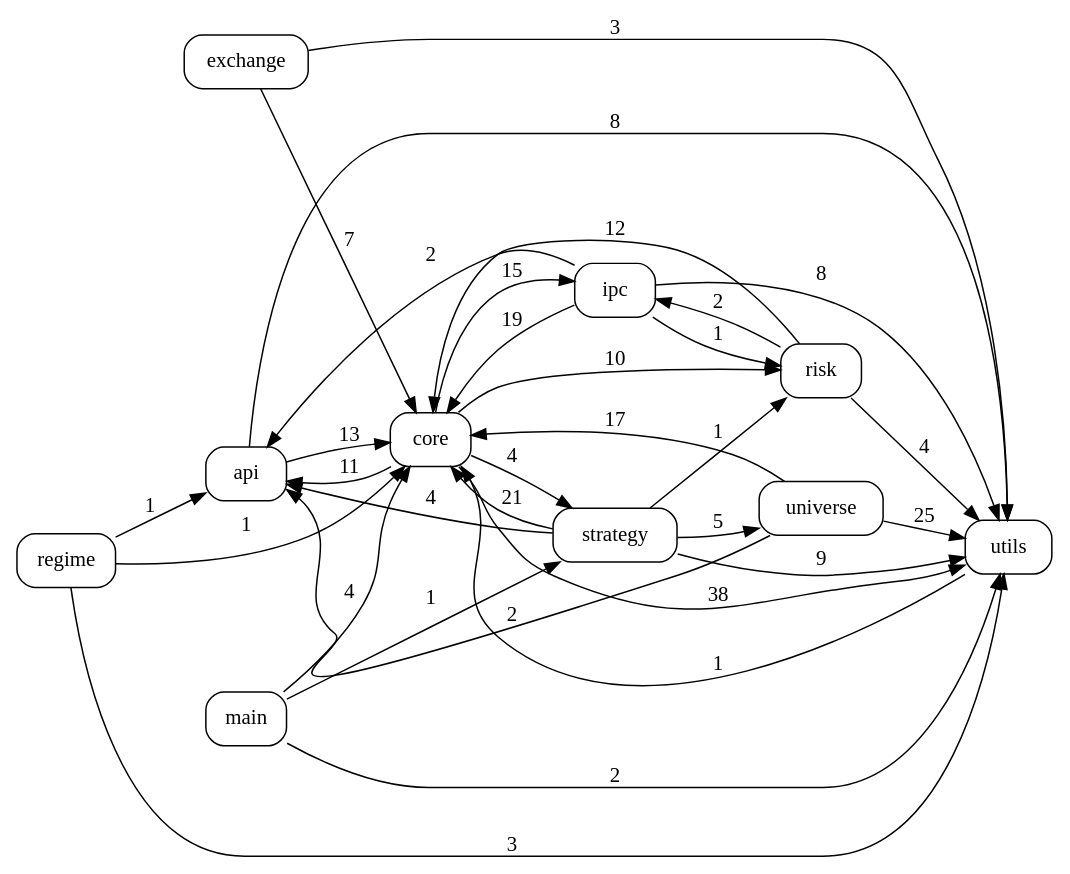
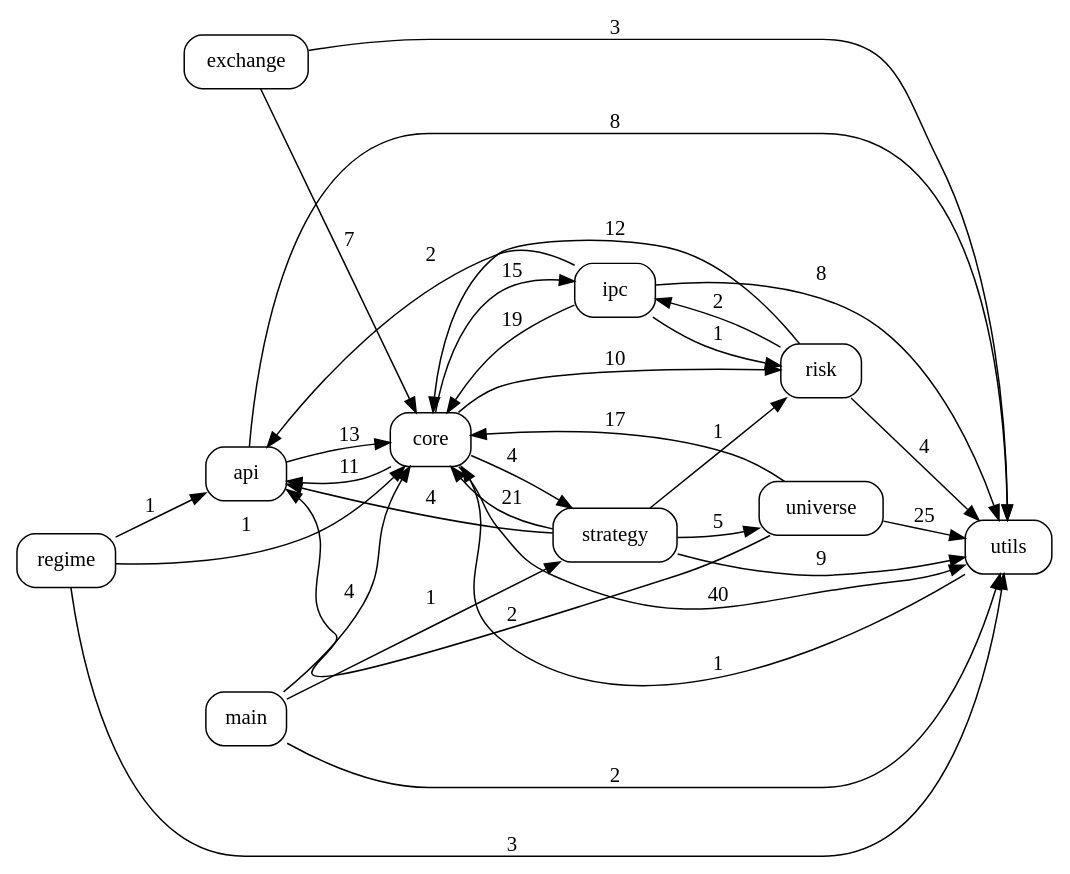
One commit to pypy8171/Quant changed the diagram in docs/code_graph.dot. Above: the diagram before and after it, drawn with Graphviz. The commit also changed 18 other files, not shown here.

```diff
--- a/docs/code_graph.dot
+++ b/docs/code_graph.dot
@@ -1,45 +1,45 @@
 digraph code_graph {
   rankdir=LR;
   node [shape=box, style=rounded, fontname="Consolas"];
   "api";
   "core";
   "exchange";
   "ipc";
   "main";
   "regime";
   "risk";
   "strategy";
   "universe";
   "utils";
   "api" -> "core" [label="13"];
   "api" -> "utils" [label="8"];
   "core" -> "api" [label="11"];
   "core" -> "ipc" [label="15"];
   "core" -> "risk" [label="10"];
   "core" -> "strategy" [label="4"];
-  "core" -> "utils" [label="38"];
+  "core" -> "utils" [label="40"];
   "exchange" -> "core" [label="7"];
   "exchange" -> "utils" [label="3"];
   "ipc" -> "api" [label="2"];
   "ipc" -> "core" [label="19"];
   "ipc" -> "risk" [label="1"];
   "ipc" -> "utils" [label="8"];
   "main" -> "core" [label="4"];
   "main" -> "strategy" [label="1"];
   "main" -> "utils" [label="2"];
   "regime" -> "api" [label="1"];
   "regime" -> "core" [label="1"];
   "regime" -> "utils" [label="3"];
   "risk" -> "core" [label="12"];
   "risk" -> "ipc" [label="2"];
   "risk" -> "utils" [label="4"];
   "strategy" -> "api" [label="4"];
   "strategy" -> "core" [label="21"];
   "strategy" -> "risk" [label="1"];
   "strategy" -> "universe" [label="5"];
   "strategy" -> "utils" [label="9"];
   "universe" -> "api" [label="2"];
   "universe" -> "core" [label="17"];
   "universe" -> "utils" [label="25"];
   "utils" -> "core" [label="1"];
 }
```
